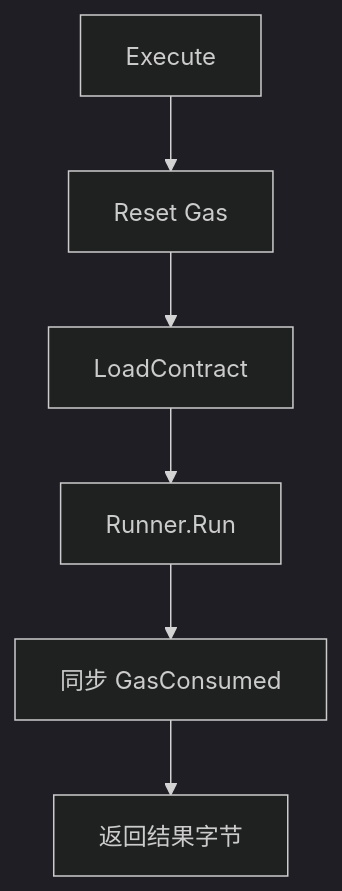
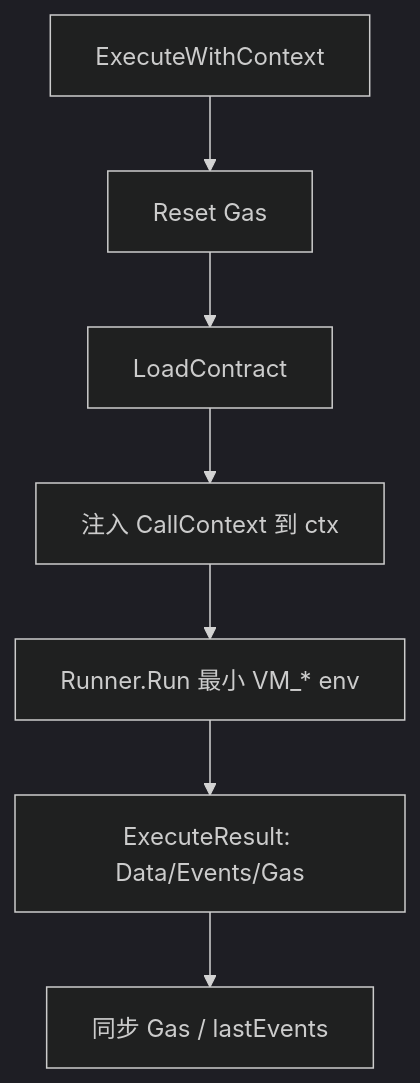
The second of 2 diagrams in docs/detailed_design/vm_engine_detailed_design.md (lengzhao/vm), drawn with Mermaid (dark theme) before and after one commit. The commit also changed other lines of this file and 16 other files, not shown here.

````diff
--- a/docs/detailed_design/vm_engine_detailed_design.md
+++ b/docs/detailed_design/vm_engine_detailed_design.md
@@ -41,8 +44,9 @@
 ```mermaid
 flowchart TD
-    A[Execute] --> B[Reset Gas]
+    A[ExecuteWithContext] --> B[Reset Gas]
     B --> C[LoadContract]
-    C --> D[Runner.Run]
-    D --> E[同步 GasConsumed]
-    E --> F[返回结果字节]
+    C --> D[注入 CallContext 到 ctx]
+    D --> E[Runner.Run 最小 VM_* env]
+    E --> F[ExecuteResult: Data/Events/Gas]
+    F --> G[同步 Gas / lastEvents]
 ```
````
